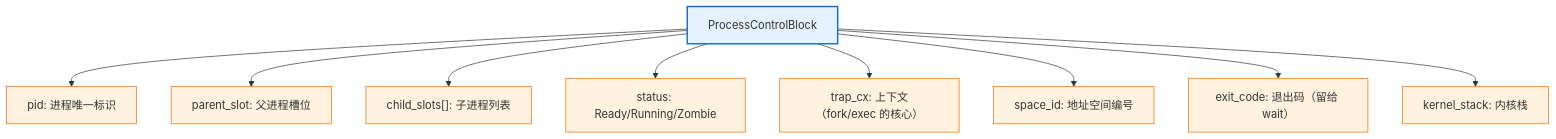
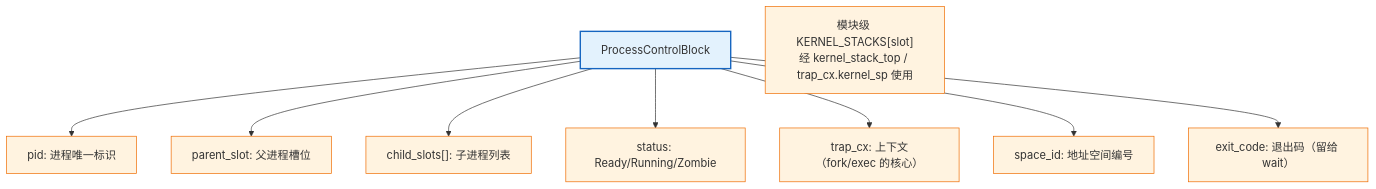
Before and after one commit to AM-SuSh/EVOLVE: the fifth of 5 diagrams in os-lab/labs/lab4-process.md, drawn with Mermaid. The commit also changed other lines of this file and 13 other files, not shown here.

````diff
--- a/os-lab/labs/lab4-process.md
+++ b/os-lab/labs/lab4-process.md
@@ -135,17 +135,17 @@
 ```mermaid
 graph TD
     PCB["ProcessControlBlock"]
     PCB --> F1["pid: 进程唯一标识"]
     PCB --> F2["parent_slot: 父进程槽位"]
     PCB --> F3["child_slots[]: 子进程列表"]
     PCB --> F4["status: Ready/Running/Zombie"]
     PCB --> F5["trap_cx: 上下文（fork/exec 的核心）"]
     PCB --> F6["space_id: 地址空间编号"]
     PCB --> F7["exit_code: 退出码（留给 wait）"]
-    PCB --> F8["kernel_stack: 内核栈"]
+    STK["模块级 KERNEL_STACKS[slot]<br/>经 kernel_stack_top / trap_cx.kernel_sp 使用"]
 
     classDef pcb fill:#e3f2fd,stroke:#1565c0,stroke-width:2px;
     classDef field fill:#fff3e0,stroke:#ef6c00;
     class PCB pcb;
-    class F1,F2,F3,F4,F5,F6,F7,F8 field;
+    class F1,F2,F3,F4,F5,F6,F7,STK field;
 ```
````
